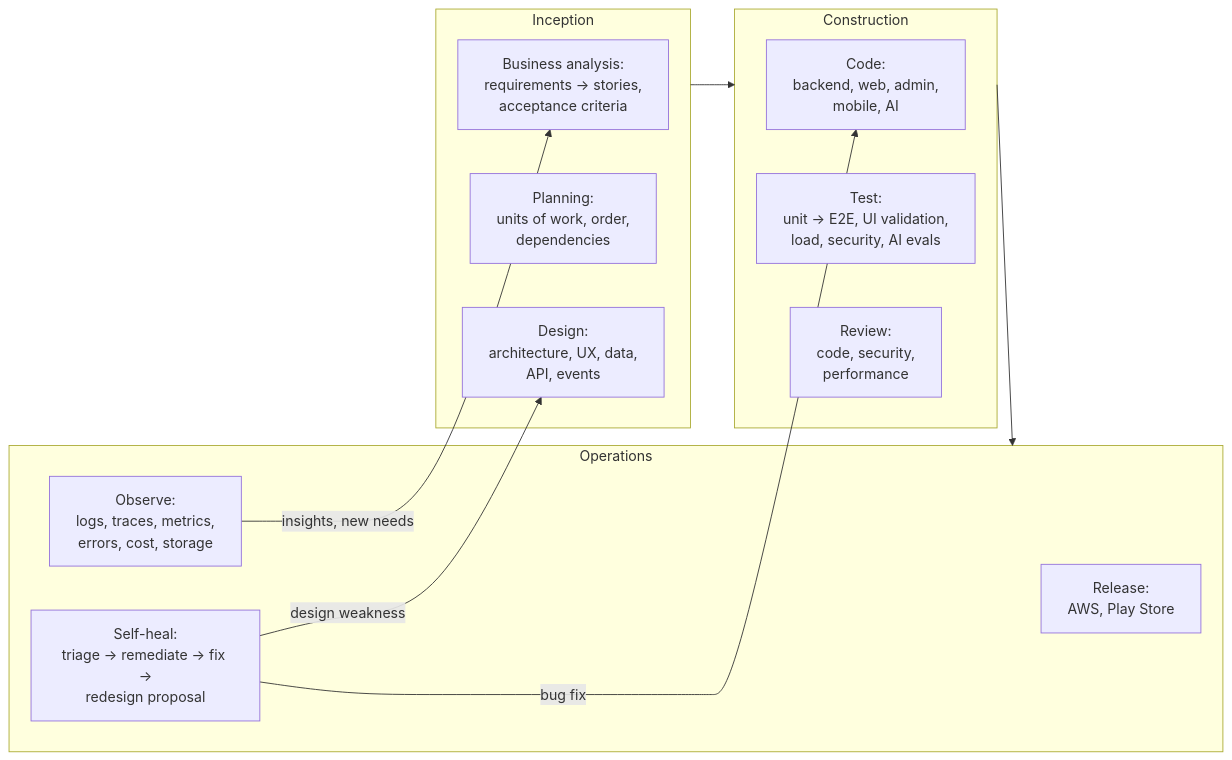
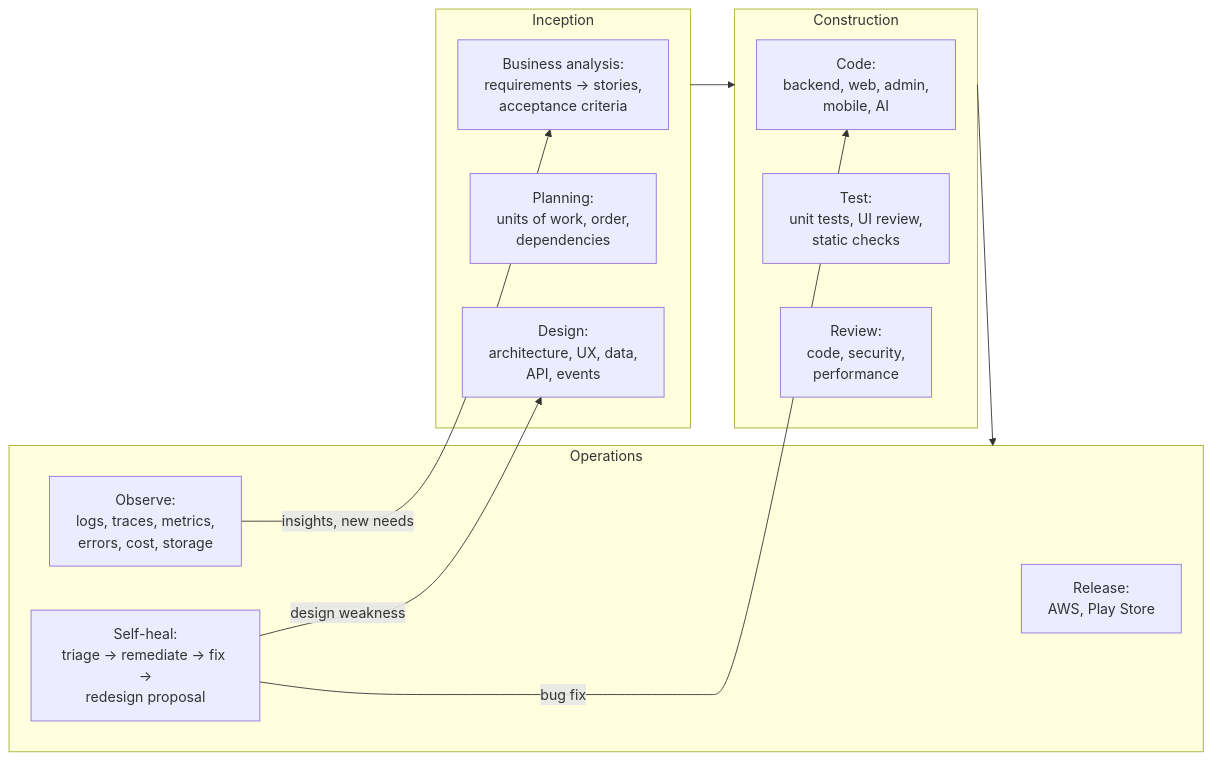
Before and after one commit to saidul-islam-rajib/CareerPilot: the first of 2 diagrams in Planning/10-AIDLC-Agents.md, drawn with Mermaid. The commit also changed other lines of this file and 6 other files, not shown here.

Commit message:
Replace evals and load tests

````diff
--- a/Planning/10-AIDLC-Agents.md
+++ b/Planning/10-AIDLC-Agents.md
@@ -7,22 +7,22 @@
 ```mermaid
 flowchart LR
   subgraph INC["Inception"]
     I1["Business analysis:<br/>requirements → stories,<br/>acceptance criteria"]
     I2["Planning:<br/>units of work, order,<br/>dependencies"]
     I3["Design:<br/>architecture, UX, data,<br/>API, events"]
   end
   subgraph CON["Construction"]
     C1["Code:<br/>backend, web, admin,<br/>mobile, AI"]
-    C2["Test:<br/>unit → E2E, UI validation,<br/>load, security, AI evals"]
+    C2["Test:<br/>unit tests, UI review,<br/>static checks"]
     C3["Review:<br/>code, security,<br/>performance"]
   end
   subgraph OPS["Operations"]
     O1["Release:<br/>AWS, Play Store"]
     O2["Observe:<br/>logs, traces, metrics,<br/>errors, cost, storage"]
     O3["Self-heal:<br/>triage → remediate → fix →<br/>redesign proposal"]
   end
   INC --> CON --> OPS
   O3 -->|"bug fix"| C1
   O3 -->|"design weakness"| I3
   O2 -->|"insights, new needs"| I1
 ```
````
